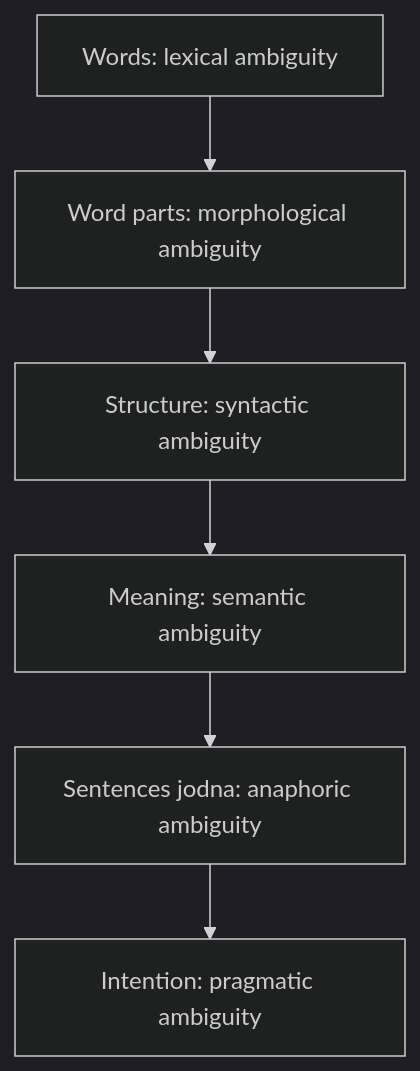
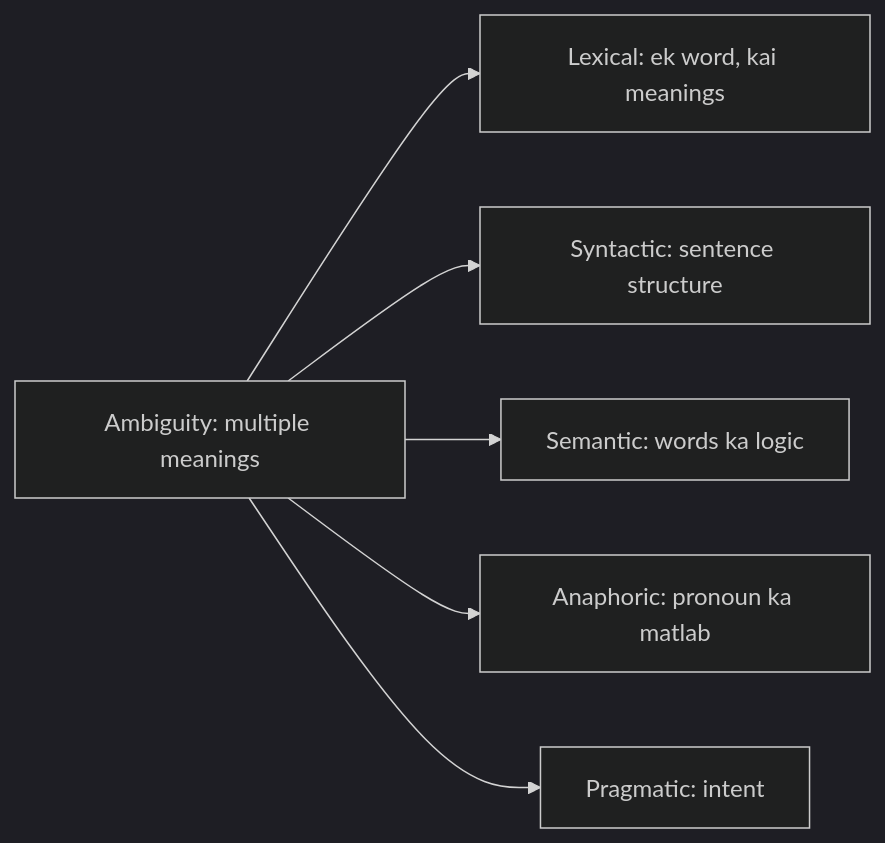
The diagram in content/natural-language-processing/pyq/2023-05-ce/q3a.hi.mdx (TrendySloth1001/sem-seven-notes), drawn with Mermaid (dark theme) before and after one commit. The commit also changed other lines of this file and 406 other files, not shown here.

````diff
--- a/content/natural-language-processing/pyq/2023-05-ce/q3a.hi.mdx
+++ b/content/natural-language-processing/pyq/2023-05-ce/q3a.hi.mdx
@@ -7,9 +11,9 @@
 ```mermaid
-%% caption: Har level ki apni ambiguity hoti hai, aur har ek alag technique se solve hoti hai.
-flowchart TD
-  A["Words: lexical ambiguity"] --> B["Word parts: morphological ambiguity"]
-  B --> C["Structure: syntactic ambiguity"]
-  C --> D["Meaning: semantic ambiguity"]
-  D --> E["Sentences jodna: anaphoric ambiguity"]
-  E --> F["Intention: pragmatic ambiguity"]
+%% caption: Ambiguity ke paanch types aur har ek kis NLP stage se juda hai.
+flowchart LR
+  A["Ambiguity: multiple meanings"] --> B["Lexical: ek word, kai meanings"]
+  A --> C["Syntactic: sentence structure"]
+  A --> D["Semantic: words ka logic"]
+  A --> E["Anaphoric: pronoun ka matlab"]
+  A --> F["Pragmatic: intent"]
 ```
````
